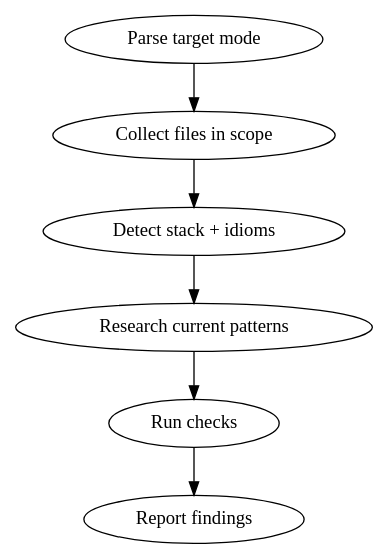
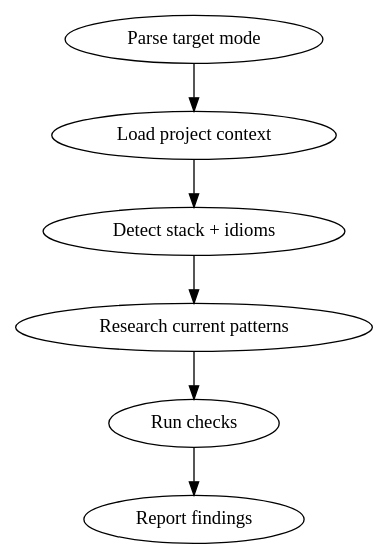
The diagram in skills/component-review/SKILL.md (lx-wnk/skills), drawn with Graphviz before and after one commit. The commit also changed other lines of this file and 3 other files, not shown here.

First line of the commit message:
fix: address review findings on architecture/component skills

````diff
--- a/skills/component-review/SKILL.md
+++ b/skills/component-review/SKILL.md
@@ -43,9 +43,9 @@
 ```dot
 digraph comp_review {
-  "Parse target mode" -> "Collect files in scope";
-  "Collect files in scope" -> "Detect stack + idioms";
+  "Parse target mode" -> "Load project context";
+  "Load project context" -> "Detect stack + idioms";
   "Detect stack + idioms" -> "Research current patterns";
   "Research current patterns" -> "Run checks";
   "Run checks" -> "Report findings";
 }
 ```
````
